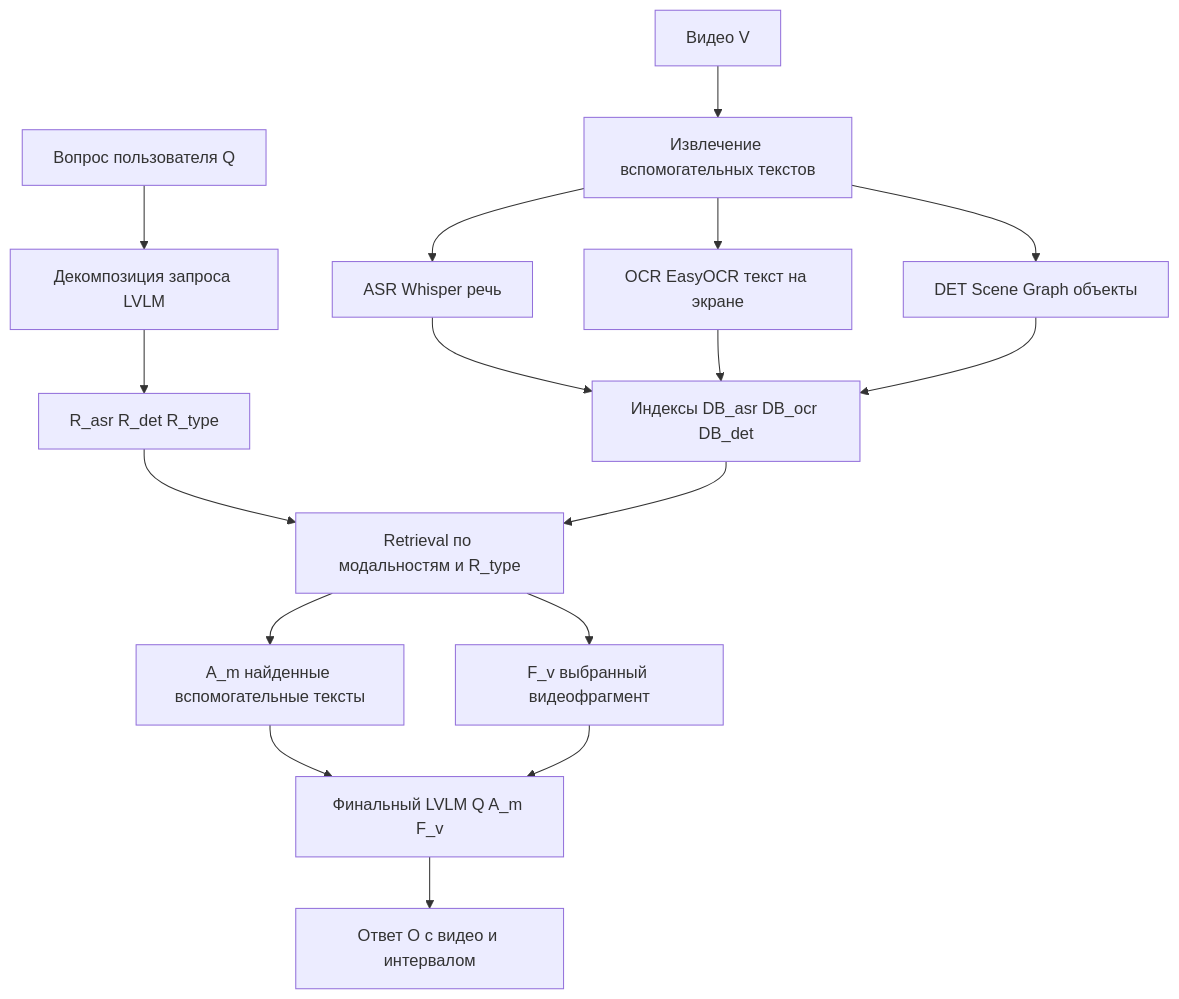
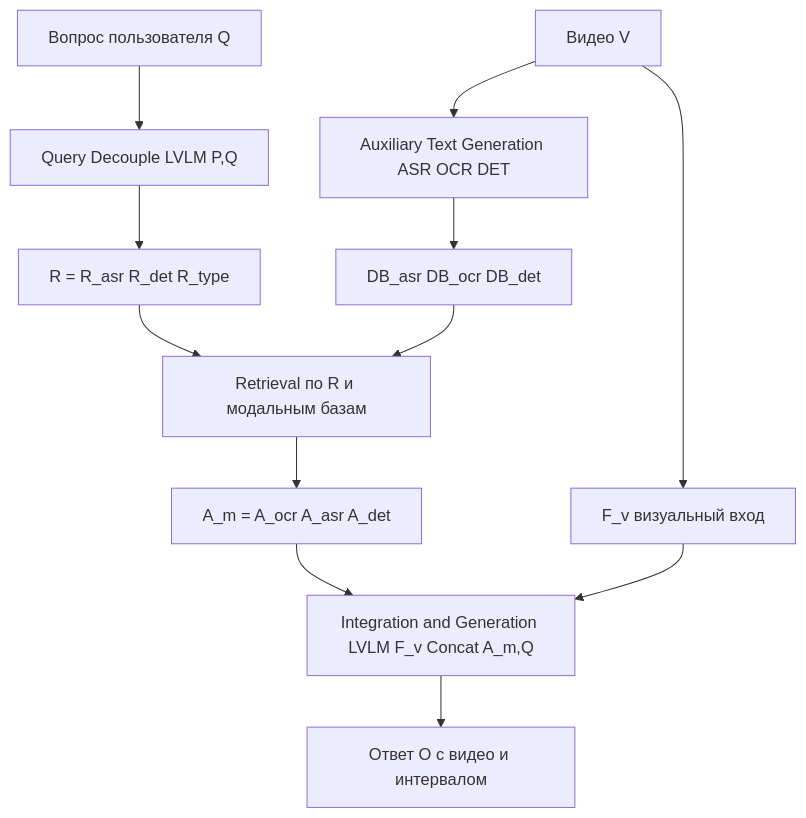
One commit to maxlyara1/video-rag-research changed the diagram in README.md. Above: the diagram before and after it, drawn with Mermaid.

Commit message:
Align README pipeline diagram with Video-RAG

````diff
--- a/README.md
+++ b/README.md
@@ -20,24 +20,17 @@
 ```mermaid
 flowchart TD
-    Q[Вопрос пользователя Q] --> D[Декомпозиция запроса LVLM]
-    D --> R[R_asr R_det R_type]
+    Q[Вопрос пользователя Q] --> D[Query Decouple LVLM P,Q]
+    D --> R[R = R_asr R_det R_type]
 
-    V[Видео V] --> E[Извлечение вспомогательных текстов]
-    E --> ASR[ASR Whisper речь]
-    E --> OCR[OCR EasyOCR текст на экране]
-    E --> DET[DET Scene Graph объекты]
+    V[Видео V] --> AUX[Auxiliary Text Generation ASR OCR DET]
+    AUX --> DB[DB_asr DB_ocr DB_det]
+    V --> FV[F_v визуальный вход]
 
-    ASR --> DB[Индексы DB_asr DB_ocr DB_det]
-    OCR --> DB
-    DET --> DB
+    R --> RET[Retrieval по R и модальным базам]
+    DB --> RET
+    RET --> AM[A_m = A_ocr A_asr A_det]
 
-    R --> RET[Retrieval по модальностям и R_type]
-    DB --> RET
-
-    RET --> AM[A_m найденные вспомогательные тексты]
-    RET --> FV[F_v выбранный видеофрагмент]
-
-    AM --> GEN[Финальный LVLM Q A_m F_v]
+    AM --> GEN[Integration and Generation LVLM F_v Concat A_m,Q]
     FV --> GEN
     GEN --> O[Ответ O с видео и интервалом]
 ```
````
